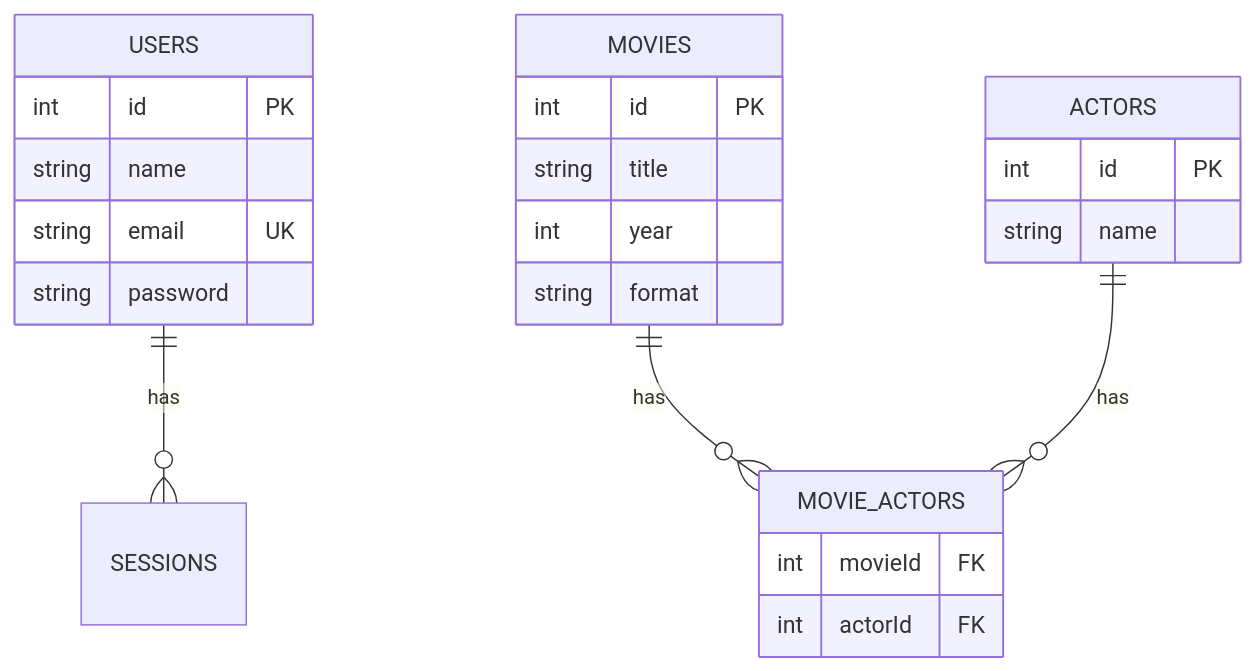
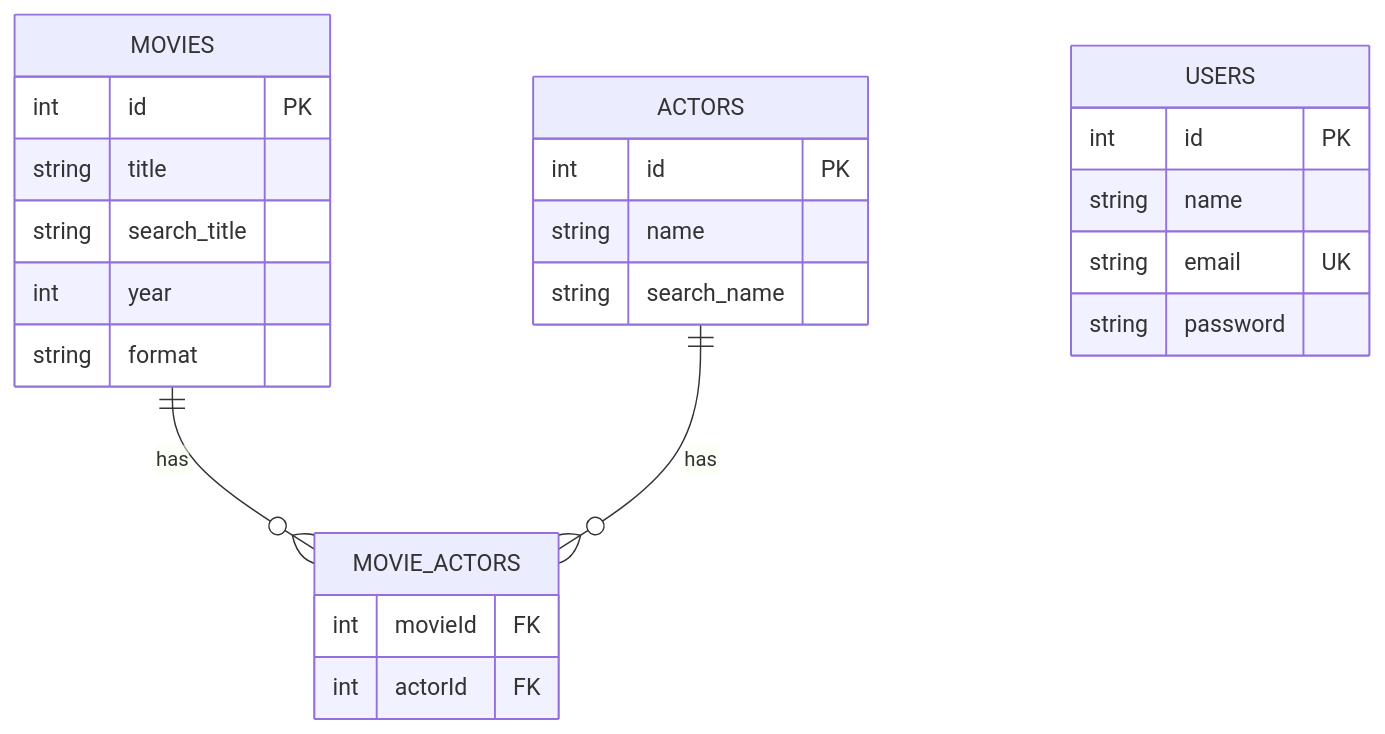
The second of 3 diagrams in ARCHITECTURE.md (starlingProj/express-movies), drawn with Mermaid before and after one commit. The commit also changed other lines of this file and 19 other files, not shown here.

````diff
--- a/ARCHITECTURE.md
+++ b/ARCHITECTURE.md
@@ -173,30 +177,31 @@
 ```mermaid
 erDiagram
-    USERS ||--o{ SESSIONS : has
     MOVIES ||--o{ MOVIE_ACTORS : has
     ACTORS ||--o{ MOVIE_ACTORS : has
     
     USERS {
         int id PK
         string name
         string email UK
         string password
     }
     
     MOVIES {
         int id PK
         string title
+        string search_title
         int year
         string format
     }
     
     ACTORS {
         int id PK
         string name
+        string search_name
     }
     
     MOVIE_ACTORS {
         int movieId FK
         int actorId FK
     }
 ```
````
